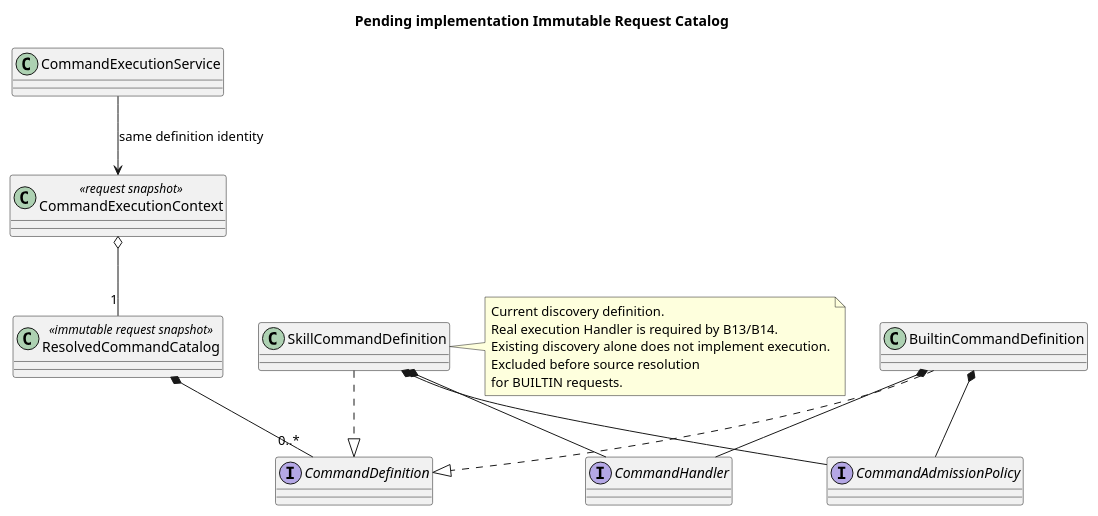
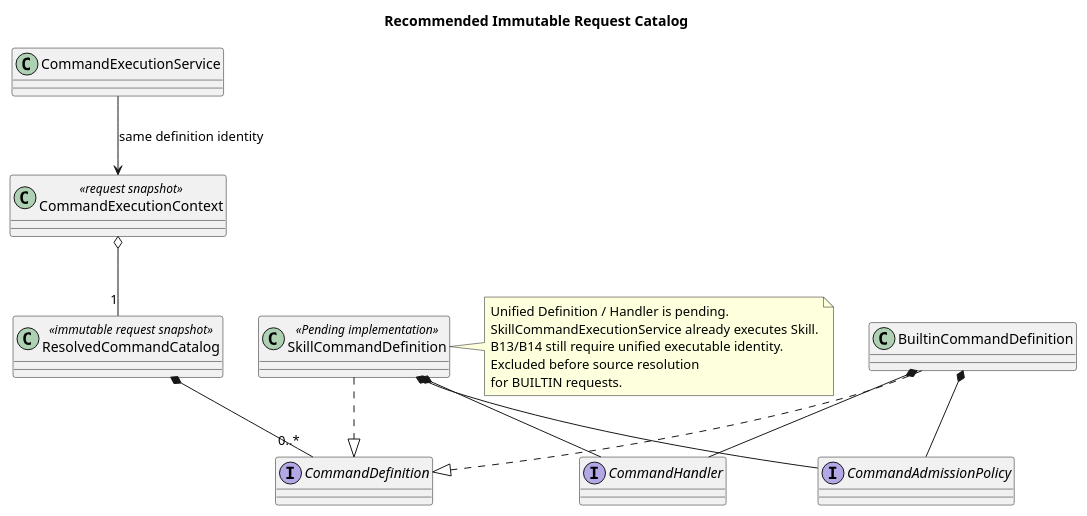
Before and after one commit to ssm0808/pi-mono-java-design: the second of 4 diagrams in 04-命令与技能/00-Slash-Command通用模块/设计图/diagram.puml, drawn with PlantUML. The commit also changed other lines of this file and 20 other files, not shown here.

```diff
--- a/04-命令与技能/00-Slash-Command通用模块/设计图/diagram.puml
+++ b/04-命令与技能/00-Slash-Command通用模块/设计图/diagram.puml
@@ -43,30 +43,30 @@
 @startuml target_command_resolution_classes
-title Pending implementation Immutable Request Catalog
+title Recommended Immutable Request Catalog
 ' Source evidence: pi-mono-java@0bb794f2 modules/coding-agent-cli/src/main/java/com/campusclaw/codingagent/runtimeapi/command/ResolvedCommandCatalog.java.
 ' Design reason: catalog, admission, and dispatch share definition identity; Help content uses Agent metadata instead.
 skinparam shadowing false
 interface CommandDefinition
 class BuiltinCommandDefinition
-class SkillCommandDefinition
+class SkillCommandDefinition <<Pending implementation>>
 interface CommandHandler
 interface CommandAdmissionPolicy
 class ResolvedCommandCatalog <<immutable request snapshot>>
 class CommandExecutionContext <<request snapshot>>
 class CommandExecutionService
 BuiltinCommandDefinition ..|> CommandDefinition
 SkillCommandDefinition ..|> CommandDefinition
 SkillCommandDefinition *-- CommandHandler
 SkillCommandDefinition *-- CommandAdmissionPolicy
 BuiltinCommandDefinition *-- CommandHandler
 BuiltinCommandDefinition *-- CommandAdmissionPolicy
 ResolvedCommandCatalog *-- "0..*" CommandDefinition
 CommandExecutionContext o-- "1" ResolvedCommandCatalog
 CommandExecutionService --> CommandExecutionContext : same definition identity
 note right of SkillCommandDefinition
-Current discovery definition.
-Real execution Handler is required by B13/B14.
-Existing discovery alone does not implement execution.
+Unified Definition / Handler is pending.
+SkillCommandExecutionService already executes Skill.
+B13/B14 still require unified executable identity.
 Excluded before source resolution
 for BUILTIN requests.
 end note
 @enduml
```
